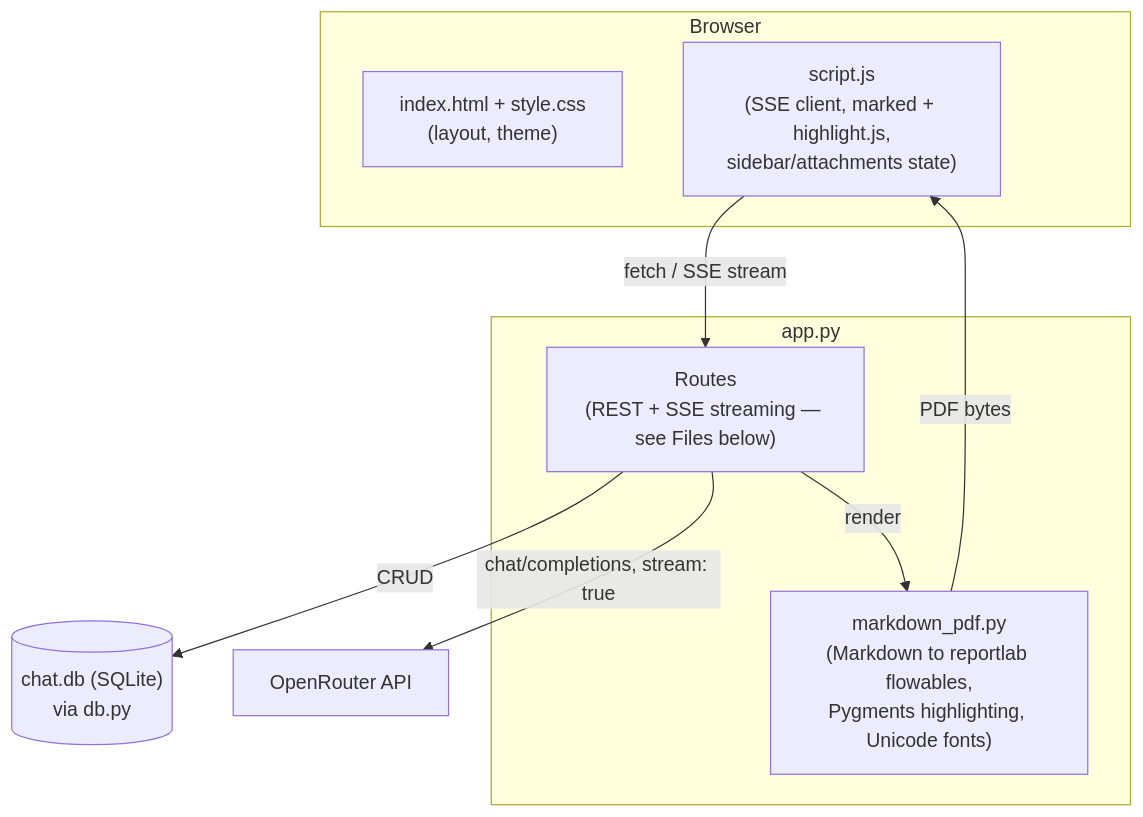
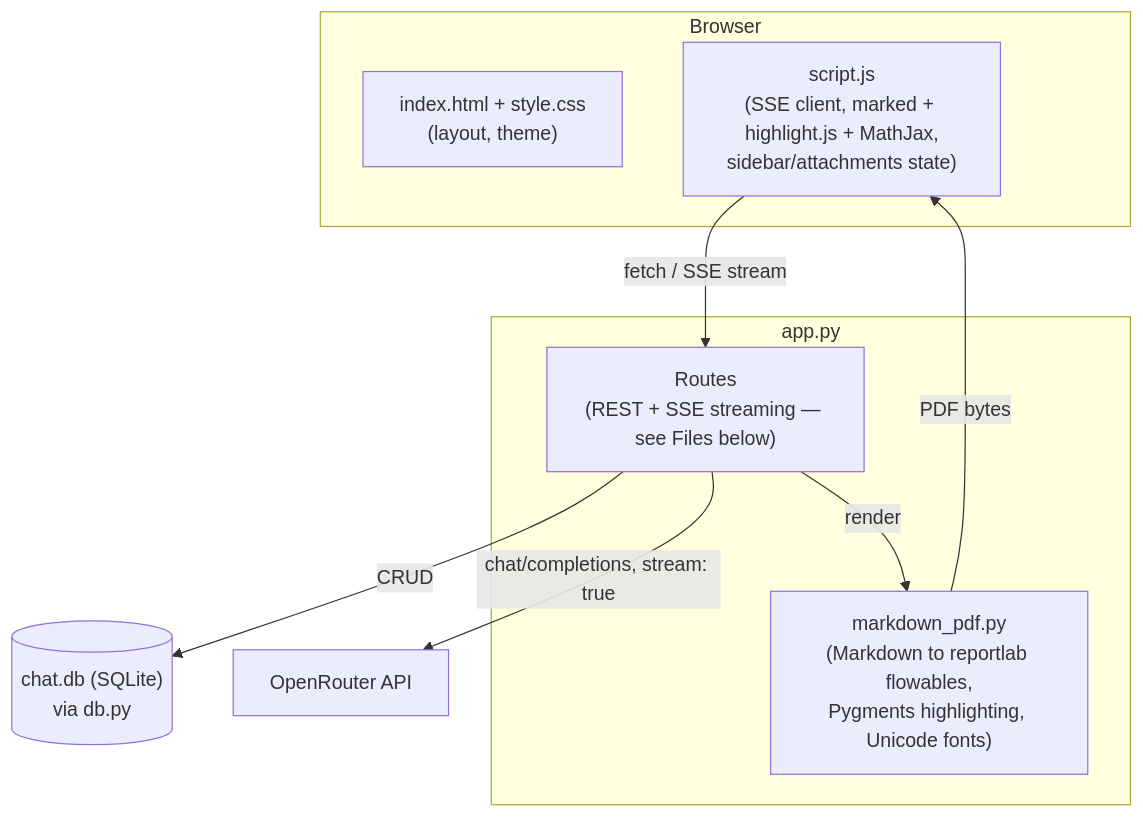
One commit to mlliarm/chat-platform changed the first of 2 diagrams in README.md. Above: the diagram before and after it, drawn with Mermaid. The commit also changed other lines of this file and 5 other files, not shown here.

First line of the commit message:
Render LaTeX in assistant replies with MathJax

````diff
--- a/README.md
+++ b/README.md
@@ -87,21 +87,21 @@
 ```mermaid
 flowchart TD
     subgraph Browser
         HTML["index.html + style.css<br/>(layout, theme)"]
-        JS["script.js<br/>(SSE client, marked + highlight.js,<br/>sidebar/attachments state)"]
+        JS["script.js<br/>(SSE client, marked + highlight.js + MathJax,<br/>sidebar/attachments state)"]
     end
 
     subgraph Server[app.py]
         Routes["Routes<br/>(REST + SSE streaming — see Files below)"]
         PDF["markdown_pdf.py<br/>(Markdown to reportlab flowables,<br/>Pygments highlighting, Unicode fonts)"]
     end
 
     DB[("chat.db (SQLite)<br/>via db.py")]
     OR["OpenRouter API"]
 
     JS -->|"fetch / SSE stream"| Routes
     Routes -->|"CRUD"| DB
     Routes -->|"chat/completions, stream: true"| OR
     Routes -->|"render"| PDF
     PDF -->|"PDF bytes"| JS
 ```
````
